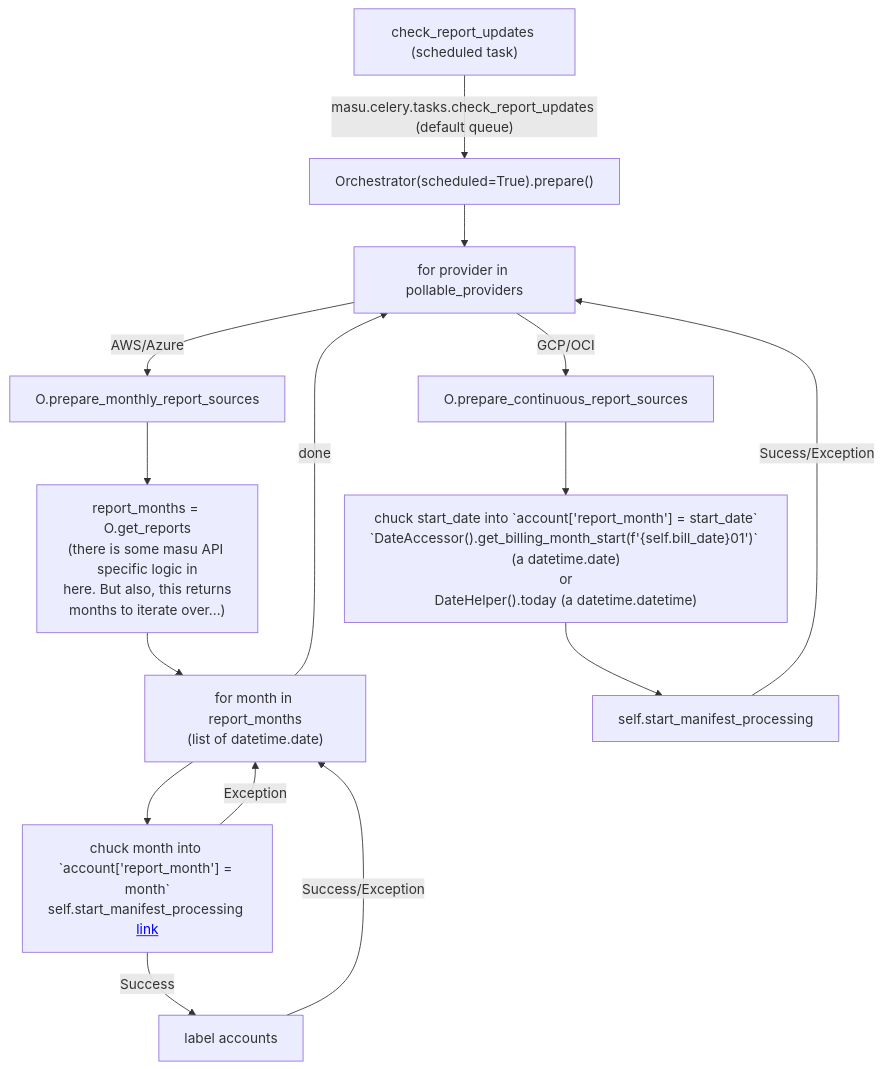
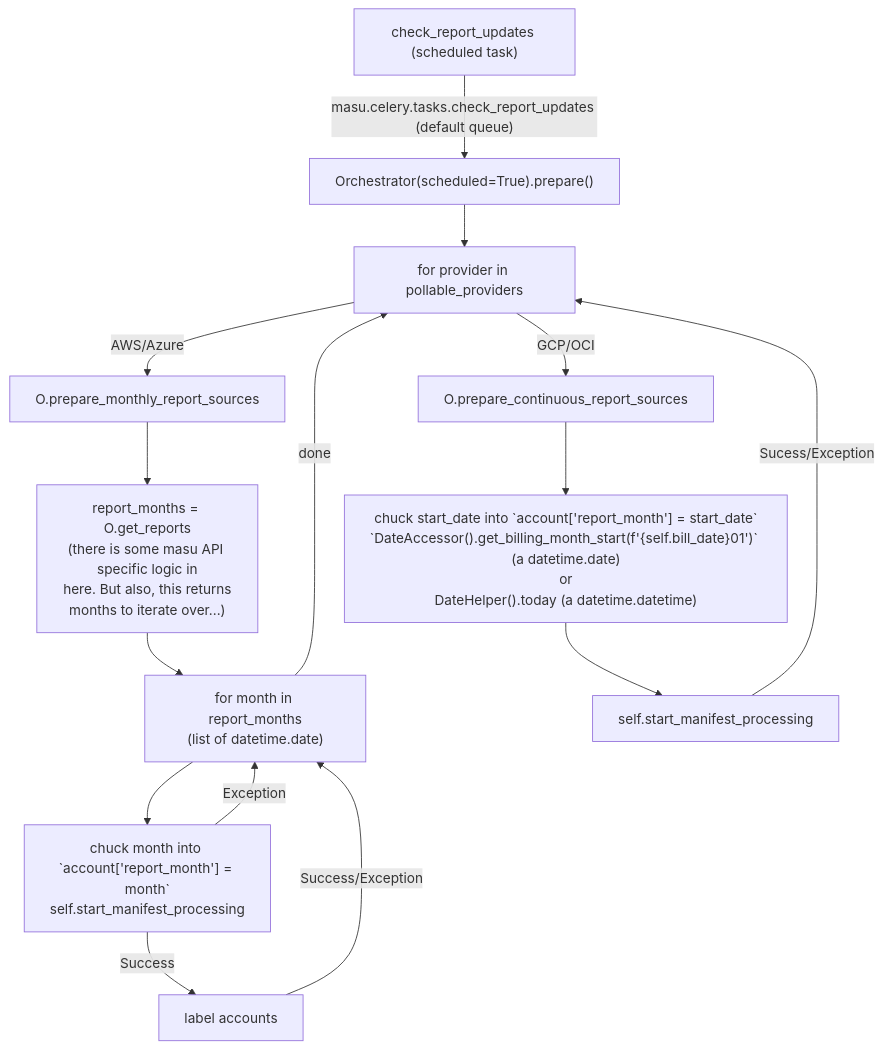
The diagram in docs/flowcharts/00-check-report-updates.md (project-koku/koku), drawn with Mermaid before and after one commit.

Commit message:
is this clickable?

````diff
--- a/docs/flowcharts/00-check-report-updates.md
+++ b/docs/flowcharts/00-check-report-updates.md
@@ -1,20 +1,22 @@
 ```mermaid
 
 graph
     A["check_report_updates (scheduled task)"] -->|"masu.celery.tasks.check_report_updates (default queue)"| B["Orchestrator(scheduled=True).prepare()"]
     B --> b[for provider in pollable_providers]
     b -->|AWS/Azure| C[O.prepare_monthly_report_sources]
     C --> E["report_months = O.get_reports\n(there is some masu API specific logic in\nhere. But also, this returns\nmonths to iterate over...)"]
     E --> F["for month in report_months\n(list of datetime.date)"]
-    F --> G["chuck month into `account['report_month'] = month`\nself.start_manifest_processing" <a href='01-start-manifest-processing.md'>link</a>]
+    F --> G["chuck month into `account['report_month'] = month`\nself.start_manifest_processing"]
     G -->|Success| H[label accounts]
     H -->|Success/Exception| F
     G -->|Exception| F
     F -->|done| b
 
 
     b -->|GCP/OCI| D[O.prepare_continuous_report_sources]
     D --> I["chuck start_date into `account['report_month'] = start_date`\n`DateAccessor().get_billing_month_start(f'{self.bill_date}01')` (a datetime.date)\nor\nDateHelper().today (a datetime.datetime)"]
     I --> J[self.start_manifest_processing]
     J -->|Sucess/Exception| b
+
+    click G 01-start-manifest-processing.md
 ```
````
